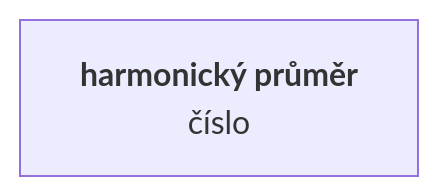
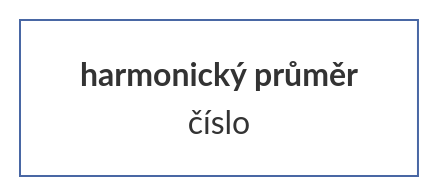
Before and after one commit to muzikp/retusa: the eighth of 23 diagrams in docs/cs-CZ/vector.md, drawn with Mermaid. The commit also changed other lines of this file and 17 other files, not shown here.

````diff
--- a/docs/cs-CZ/vector.md
+++ b/docs/cs-CZ/vector.md
@@ -212,4 +233,7 @@
 ```mermaid
 graph TD
-A[<b>harmonický průměr<br></b>číslo]
+harmean[<b>harmonický průměr<br></b>číslo]
+style harmean fill:#FFFFFF;
+style harmean stroke:#4967A4;
+
 ```
````
